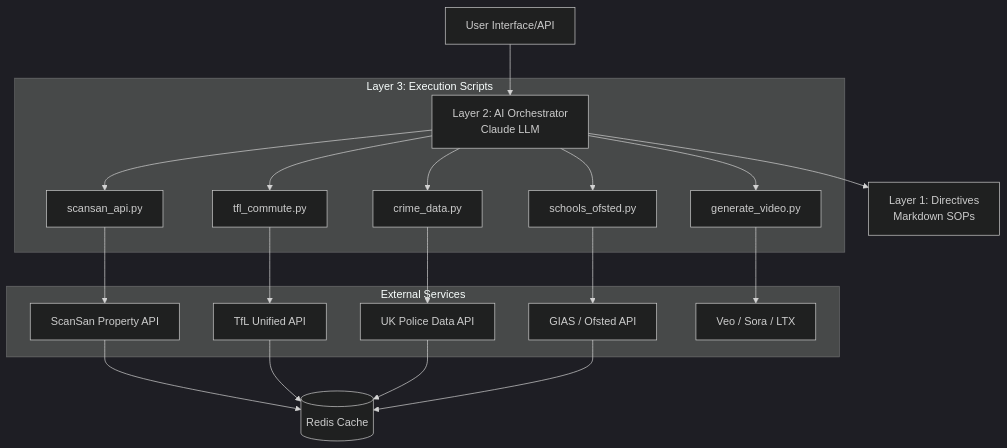
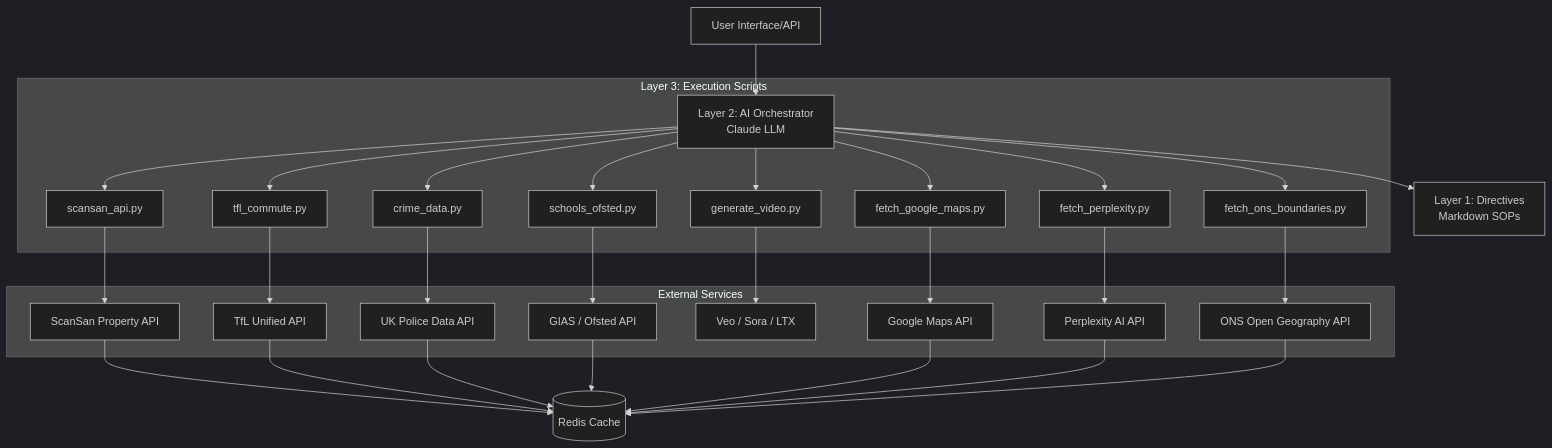
Before and after one commit to MasteraSnackin/Veo-: the first of 5 diagrams in ARCHITECTURE.md, drawn with Mermaid (dark theme). The commit also changed other lines of this file and 22 other files, not shown here.

````diff
--- a/ARCHITECTURE.md
+++ b/ARCHITECTURE.md
@@ -31,28 +33,37 @@
 ```mermaid
 graph TD
     User[User Interface/API] --> Orchestrator[Layer 2: AI Orchestrator
 Claude LLM]
     Orchestrator --> Directives[Layer 1: Directives
 Markdown SOPs]
     
     subgraph "Layer 3: Execution Scripts"
         Orchestrator --> ScanSan[scansan_api.py]
         Orchestrator --> TfL[tfl_commute.py]
         Orchestrator --> Crime[crime_data.py]
         Orchestrator --> Schools[schools_ofsted.py]
         Orchestrator --> Video[generate_video.py]
+        Orchestrator --> Maps[fetch_google_maps.py]
+        Orchestrator --> Research[fetch_perplexity.py]
+        Orchestrator --> Boundaries[fetch_ons_boundaries.py]
     end
-    
+
     subgraph "External Services"
         ScanSan --> ScanSanAPI[ScanSan Property API]
         TfL --> TfLAPI[TfL Unified API]
         Crime --> PoliceAPI[UK Police Data API]
         Schools --> GIAS[GIAS / Ofsted API]
         Video --> VideoAI[Veo / Sora / LTX]
+        Maps --> MapsAPI[Google Maps API]
+        Research --> PerplexityAPI[Perplexity AI API]
+        Boundaries --> ONSAPI[ONS Open Geography API]
     end
     
     ScanSanAPI --> Cache[(Redis Cache)]
     TfLAPI --> Cache
     PoliceAPI --> Cache
     GIAS --> Cache
+    MapsAPI --> Cache
+    PerplexityAPI --> Cache
+    ONSAPI --> Cache
 ```
````
